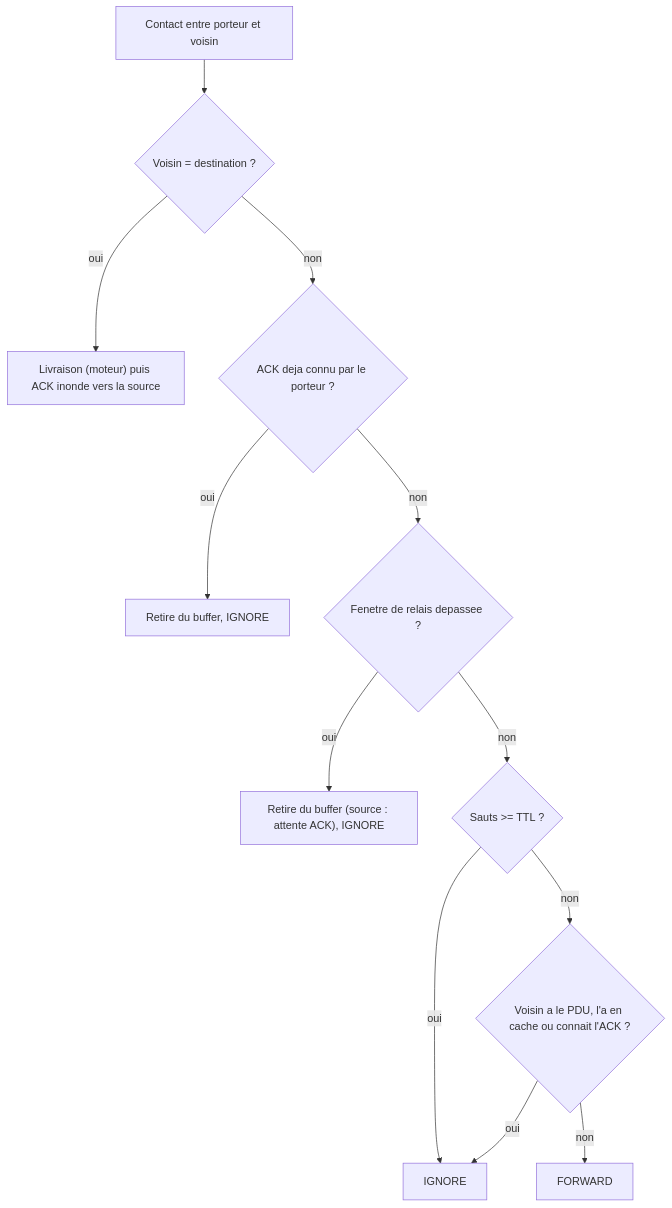
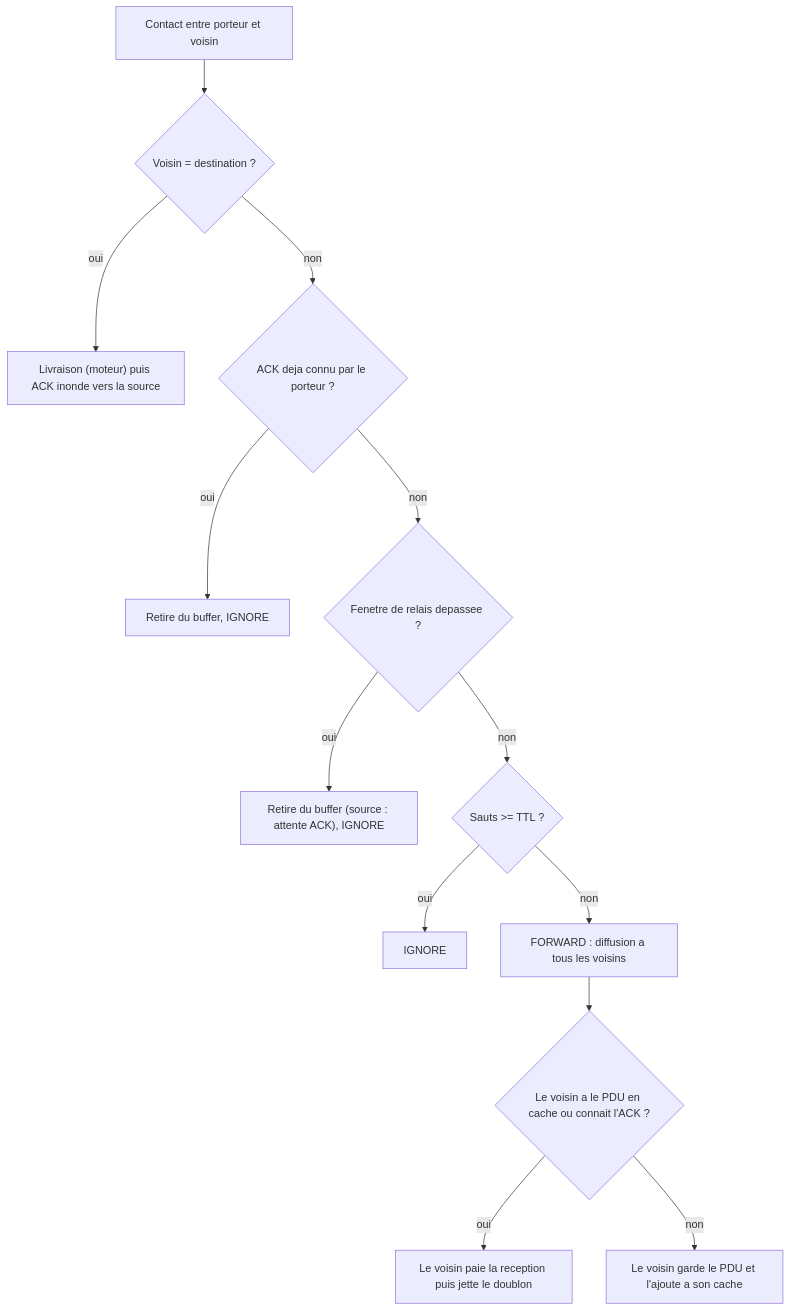
The diagram in docs/algorithmes/managed_flood.md (NICE-CINE/simuation-test), drawn with Mermaid before and after one commit. The commit also changed other lines of this file and 5 other files, not shown here.

````diff
--- a/docs/algorithmes/managed_flood.md
+++ b/docs/algorithmes/managed_flood.md
@@ -34,14 +34,15 @@
 ```mermaid
 flowchart TD
     A["Contact entre porteur et voisin"] --> B{"Voisin = destination ?"}
     B -- oui --> L["Livraison (moteur) puis ACK inonde vers la source"]
     B -- non --> K{"ACK deja connu par le porteur ?"}
     K -- oui --> P["Retire du buffer, IGNORE"]
     K -- non --> W{"Fenetre de relais depassee ?"}
     W -- oui --> D["Retire du buffer (source : attente ACK), IGNORE"]
     W -- non --> T{"Sauts >= TTL ?"}
     T -- oui --> I["IGNORE"]
-    T -- non --> C{"Voisin a le PDU, l'a en cache ou connait l'ACK ?"}
-    C -- oui --> I
-    C -- non --> F["FORWARD"]
+    T -- non --> F["FORWARD : diffusion a tous les voisins"]
+    F --> C{"Le voisin a le PDU en cache ou connait l'ACK ?"}
+    C -- oui --> X["Le voisin paie la reception puis jette le doublon"]
+    C -- non --> S["Le voisin garde le PDU et l'ajoute a son cache"]
 ```
````
